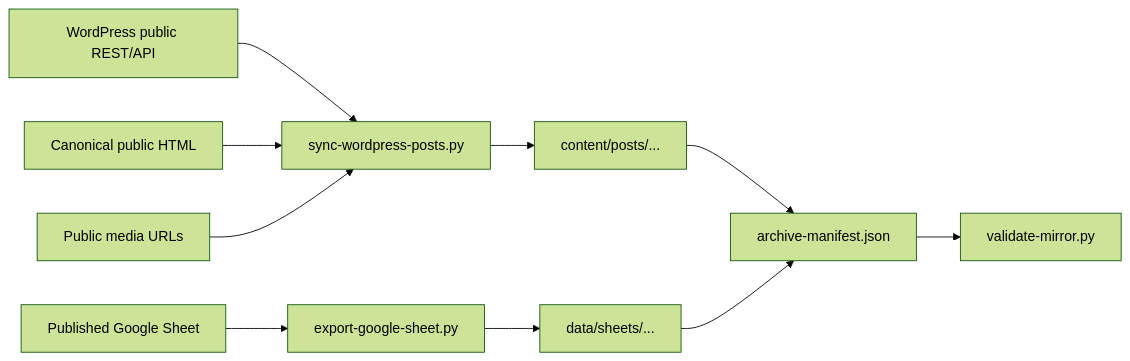
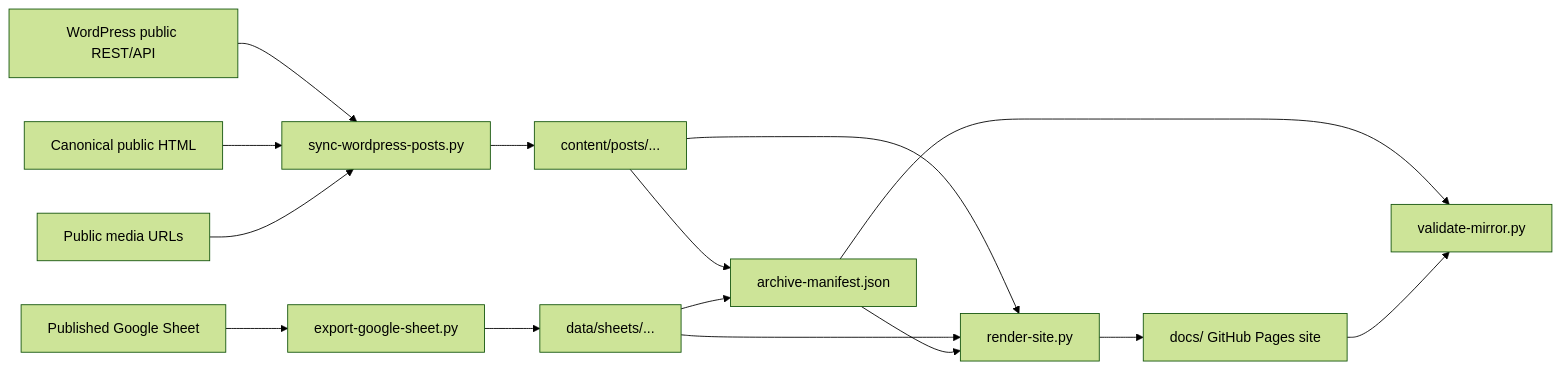
One commit to daryll-swer/daryllswer.com-archive changed the diagram in ARCHITECTURE.md. Above: the diagram before and after it, drawn with Mermaid (forest theme). The commit also changed other lines of this file and 217 other files, not shown here.

Commit message:
Add generated GitHub Pages archive site

````diff
--- a/ARCHITECTURE.md
+++ b/ARCHITECTURE.md
@@ -18,12 +18,17 @@
 ```mermaid
 flowchart LR
   WP["WordPress public REST/API"] --> Sync["sync-wordpress-posts.py"]
   HTML["Canonical public HTML"] --> Sync
   Media["Public media URLs"] --> Sync
   Sheet["Published Google Sheet"] --> SheetExport["export-google-sheet.py"]
   Sync --> Posts["content/posts/..."]
   SheetExport --> Sheets["data/sheets/..."]
   Posts --> Manifest["archive-manifest.json"]
   Sheets --> Manifest
+  Posts --> Site["render-site.py"]
+  Sheets --> Site
+  Manifest --> Site
+  Site --> Pages["docs/ GitHub Pages site"]
   Manifest --> Validate["validate-mirror.py"]
+  Pages --> Validate
 ```
````
